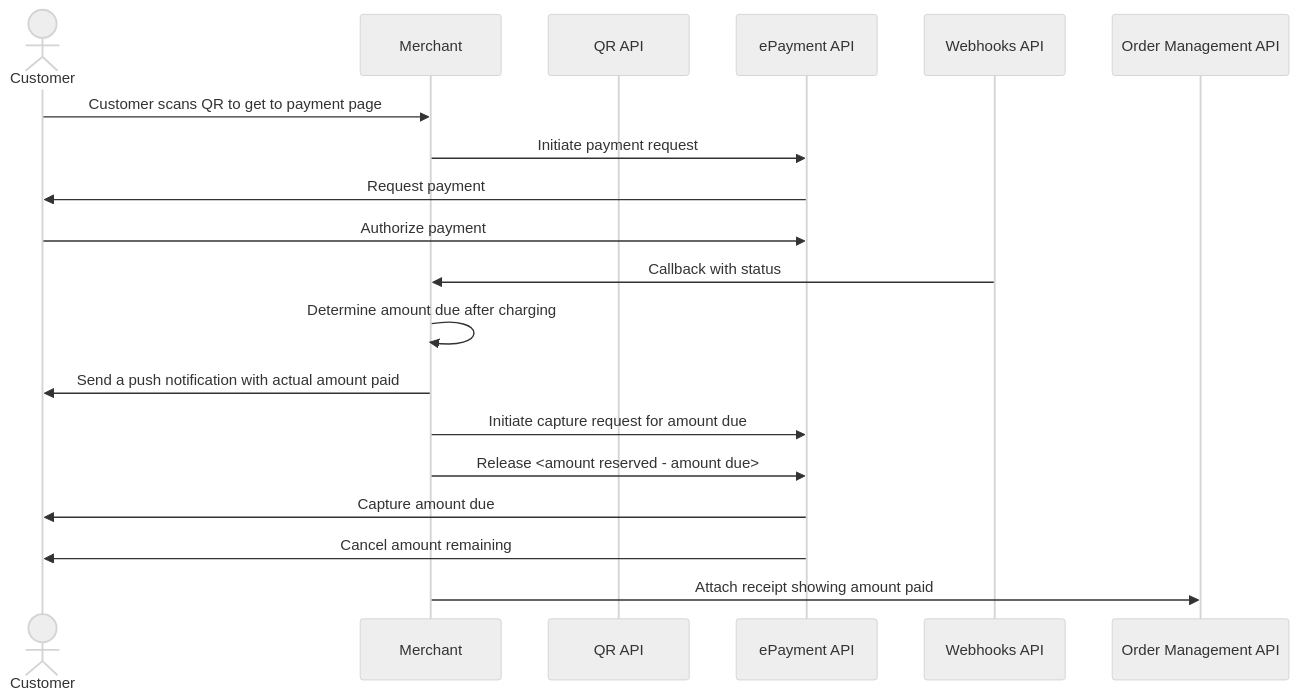
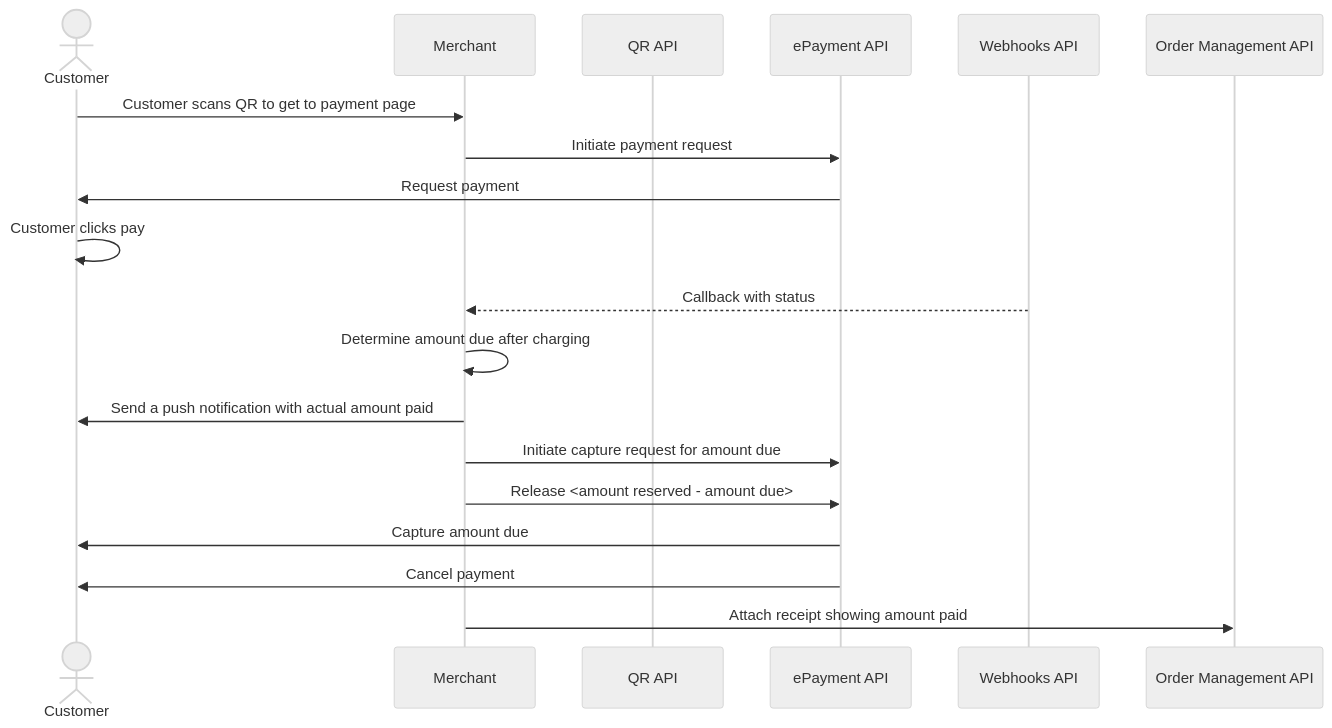
The diagram in ev-charging/README.md (vippsas/vipps-solutions), drawn with Mermaid (neutral theme) before and after one commit. The commit also changed other lines of this file and 17 other files, not shown here.

Commit message:
Updates for customer approving and consenting in sequence diagrams

````diff
--- a/ev-charging/README.md
+++ b/ev-charging/README.md
@@ -217,22 +217,22 @@
 ``` mermaid
 sequenceDiagram
     actor C as Customer
     participant M as Merchant
     participant QR as QR API
     participant ePayment as ePayment API
     participant Webhooks as Webhooks API
     participant ordermanagement as Order Management API
 
     C->>M: Customer scans QR to get to payment page
     M->>ePayment: Initiate payment request
     ePayment->>C: Request payment
-    C->>ePayment: Authorize payment
-    Webhooks->>M: Callback with status
+    C->>C: Customer clicks pay
+    Webhooks-->>M: Callback with status
     M->>M: Determine amount due after charging
     M->>C: Send a push notification with actual amount paid
     M->>ePayment: Initiate capture request for amount due
     M->>ePayment: Release <amount reserved - amount due>
     ePayment->>C: Capture amount due
-    ePayment->>C: Cancel amount remaining
+    ePayment->>C: Cancel payment
     M->>ordermanagement: Attach receipt showing amount paid
 ```
````
